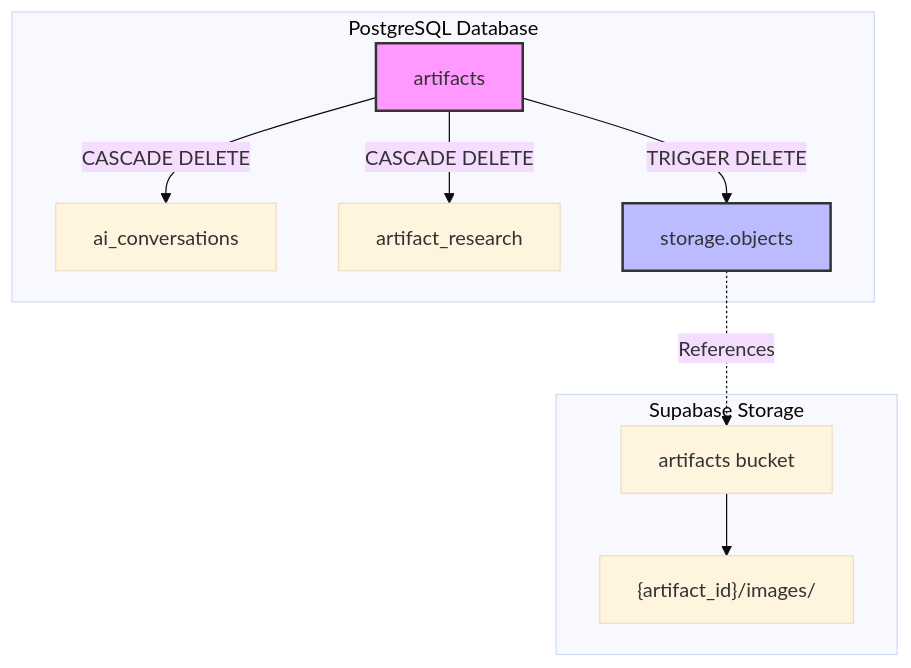
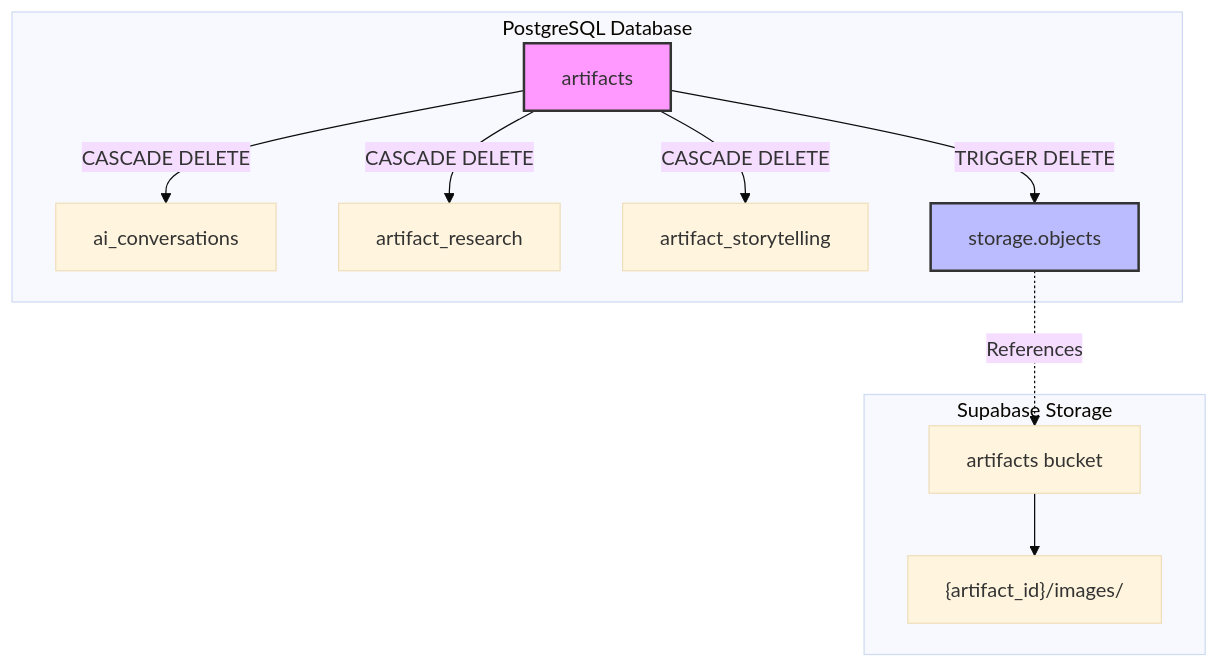
The second of 3 diagrams in docs/Architecture/database/artifact-data-relationships.md (kobiagi-builder/nextup), drawn with Mermaid (base theme) before and after one commit. The commit also changed other lines of this file and 133 other files, not shown here.

````diff
--- a/docs/Architecture/database/artifact-data-relationships.md
+++ b/docs/Architecture/database/artifact-data-relationships.md
@@ -88,23 +101,25 @@
 ```mermaid
 flowchart TB
     subgraph Database["PostgreSQL Database"]
         A[artifacts]
         B[ai_conversations]
         C[artifact_research]
+        ST[artifact_storytelling]
         SO[storage.objects]
     end
 
     subgraph Storage["Supabase Storage"]
         D[artifacts bucket]
         E["{artifact_id}/images/"]
     end
 
     A -->|CASCADE DELETE| B
     A -->|CASCADE DELETE| C
+    A -->|CASCADE DELETE| ST
     A -->|TRIGGER DELETE| SO
     SO -.->|References| D
     D --> E
 
     style A fill:#f9f,stroke:#333,stroke-width:2px
     style SO fill:#bbf,stroke:#333,stroke-width:2px
 ```
````
